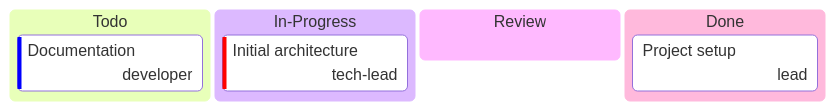
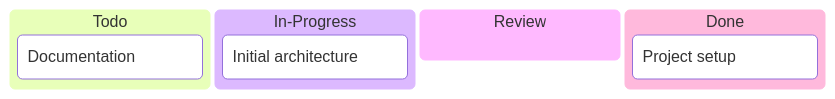
The first of 3 diagrams in docs/_projects/Aladin-01.md (Katty-Fashion/kf-cpto), drawn with Mermaid before and after one commit. The commit also changed other lines of this file and 6 other files, not shown here.

````diff
--- a/docs/_projects/Aladin-01.md
+++ b/docs/_projects/Aladin-01.md
@@ -34,10 +34,10 @@
 ```mermaid
 kanban
   Todo
-    t3[Documentation]@{ priority: 'Low', assigned: 'developer' }
+    t3["Documentation"]
   In-Progress
-    t2[Initial architecture]@{ priority: 'Very High', assigned: 'tech-lead' }
+    t2["Initial architecture"]
   Review
   Done
-    t1[Project setup]@{ assigned: 'lead' }
+    t1["Project setup"]
 ```
````
